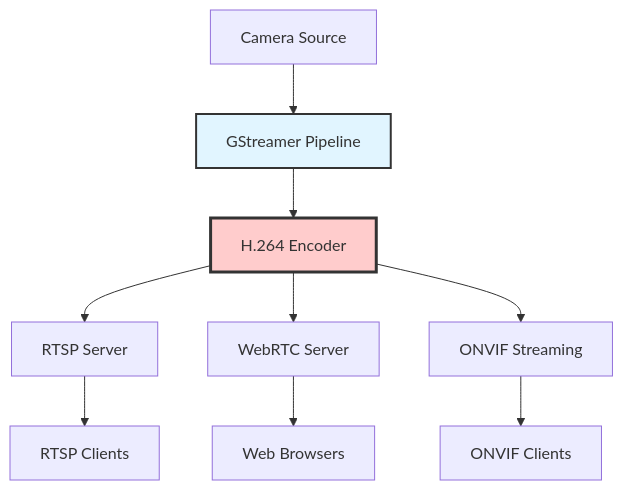
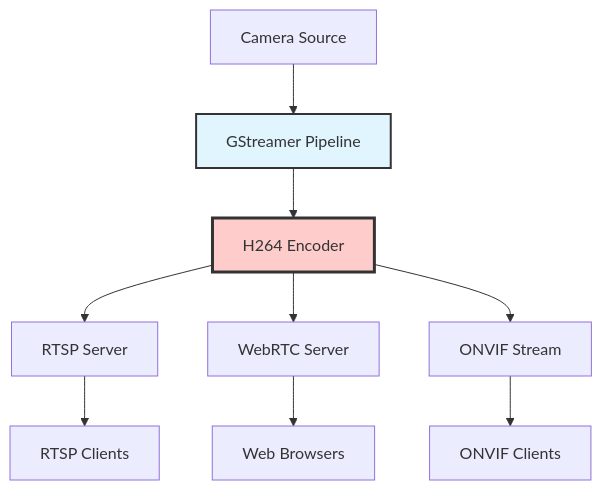
One commit to JayeshKakkad-Rotoclear/Rotoclear-C-Pro-Docs changed the diagram in docs/camera/streaming.md. Above: the diagram before and after it, drawn with Mermaid. The commit also changed 12 other files, not shown here.

Commit message:
Fix all Mermaid diagrams with proper complete labels - Fixed text bundling issues by using proper full labels - Removed overly abbreviated text that caused code formatting - All node labels now properly display without being truncated - Maintained readability while ensuring proper Mermaid parsing

````diff
--- a/docs/camera/streaming.md
+++ b/docs/camera/streaming.md
@@ -9,16 +9,16 @@
 ```mermaid
 graph TB
     Cam[Camera Source] --> Pipeline[GStreamer Pipeline]
-    Pipeline --> Encoder[H.264 Encoder]
+    Pipeline --> Encoder[H264 Encoder]
     
     Encoder --> RTSP[RTSP Server]
     Encoder --> WebRTC[WebRTC Server]
-    Encoder --> ONVIF[ONVIF Streaming]
+    Encoder --> ONVIF[ONVIF Stream]
     
     RTSP --> Client1[RTSP Clients]
     WebRTC --> Client2[Web Browsers]
     ONVIF --> Client3[ONVIF Clients]
     
     style Pipeline fill:#e1f5ff,stroke:#333,stroke-width:2px
     style Encoder fill:#ffcccc,stroke:#333,stroke-width:3px
 ```
````
